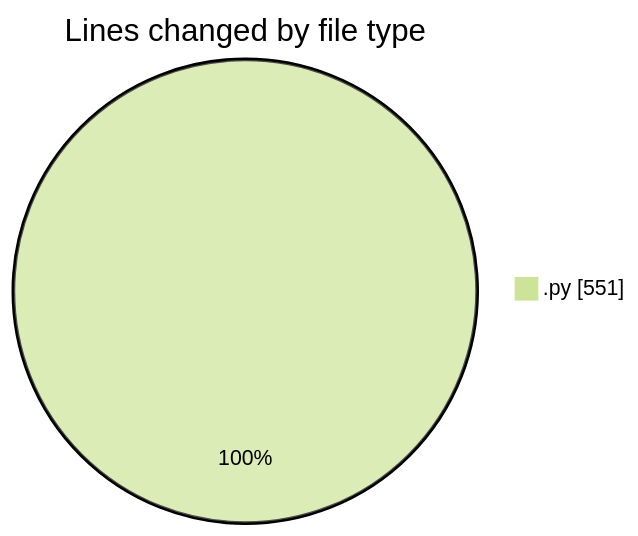
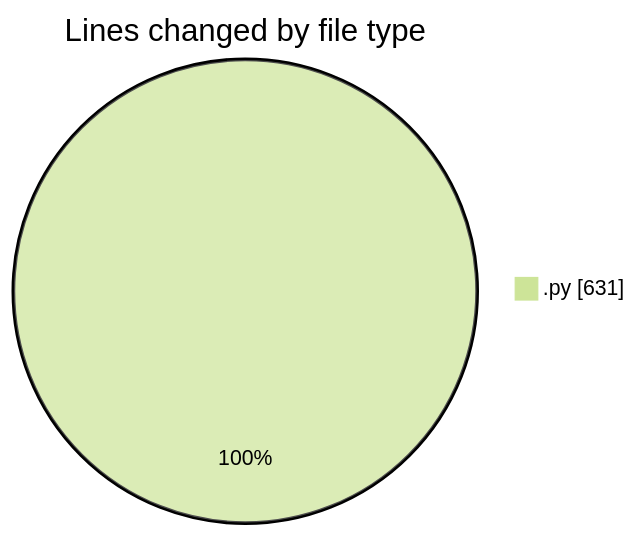
One commit to MatusMokan/code-tracking changed the first of 2 diagrams in 2025-12-22/kartogramy/README.md. Above: the diagram before and after it, drawn with Mermaid (forest theme). The commit also changed other lines of this file and 1 other file, not shown here.

````diff
--- a/2025-12-22/kartogramy/README.md
+++ b/2025-12-22/kartogramy/README.md
@@ -20,5 +20,5 @@
 ```mermaid
 pie showData
 title Lines changed by file type
-".py" : 551
+".py" : 631
 ```
````
